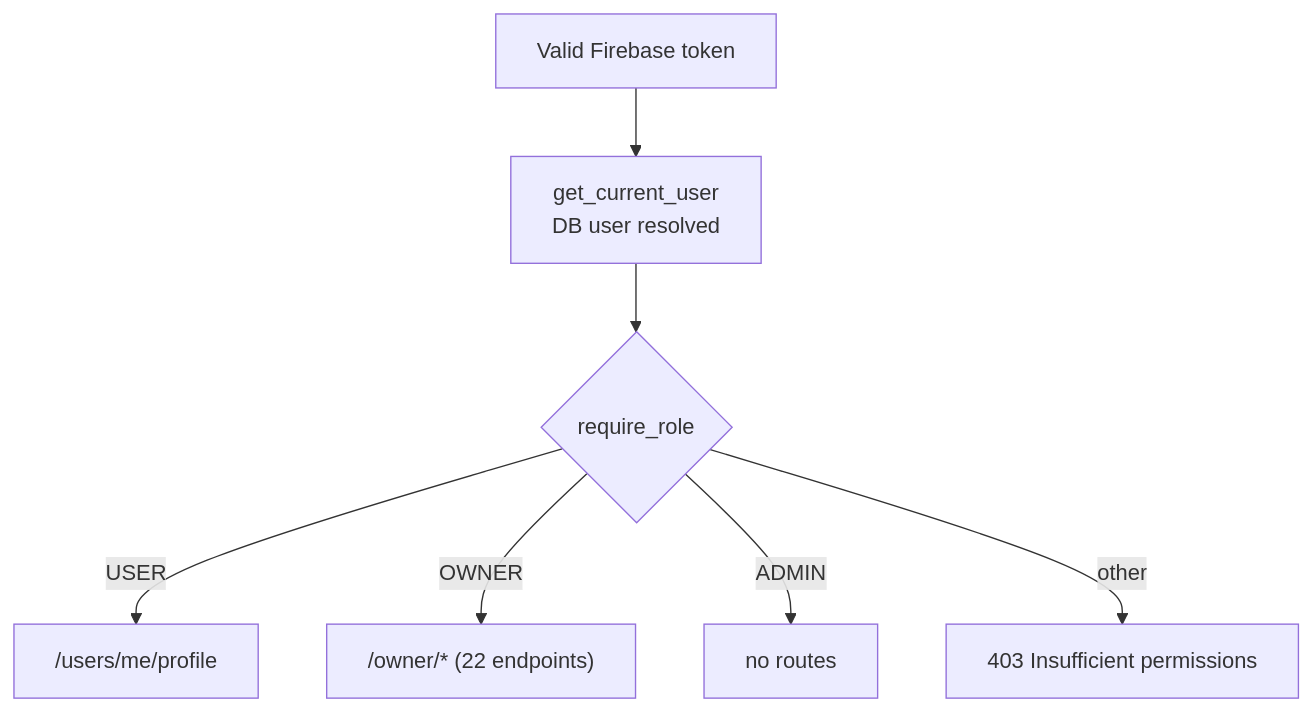
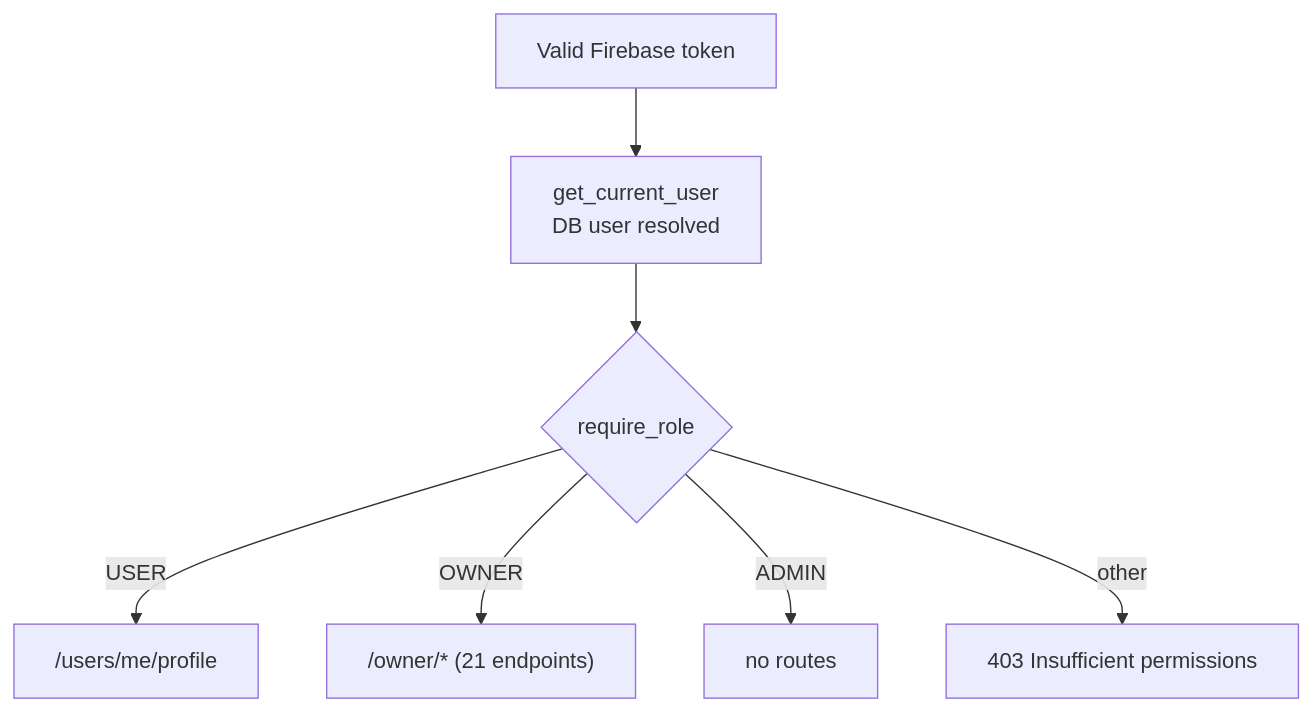
The sixth of 15 diagrams in docs/SYSTEM_DESIGN.md (Trinayan29/Apun-Ghar), drawn with Mermaid before and after one commit. The commit also changed other lines of this file and 21 other files, not shown here.

Commit message:
docs: correct architecture references and extract ADRs

````diff
--- a/docs/SYSTEM_DESIGN.md
+++ b/docs/SYSTEM_DESIGN.md
@@ -338,9 +342,9 @@
 ```mermaid
 flowchart TB
     TOK["Valid Firebase token"] --> CUR["get_current_user<br/>DB user resolved"]
     CUR --> R{require_role}
     R -->|USER| U["/users/me/profile"]
-    R -->|OWNER| O["/owner/* (22 endpoints)"]
+    R -->|OWNER| O["/owner/* (21 endpoints)"]
     R -->|ADMIN| A["no routes"]
     R -->|other| F["403 Insufficient permissions"]
 ```
````
